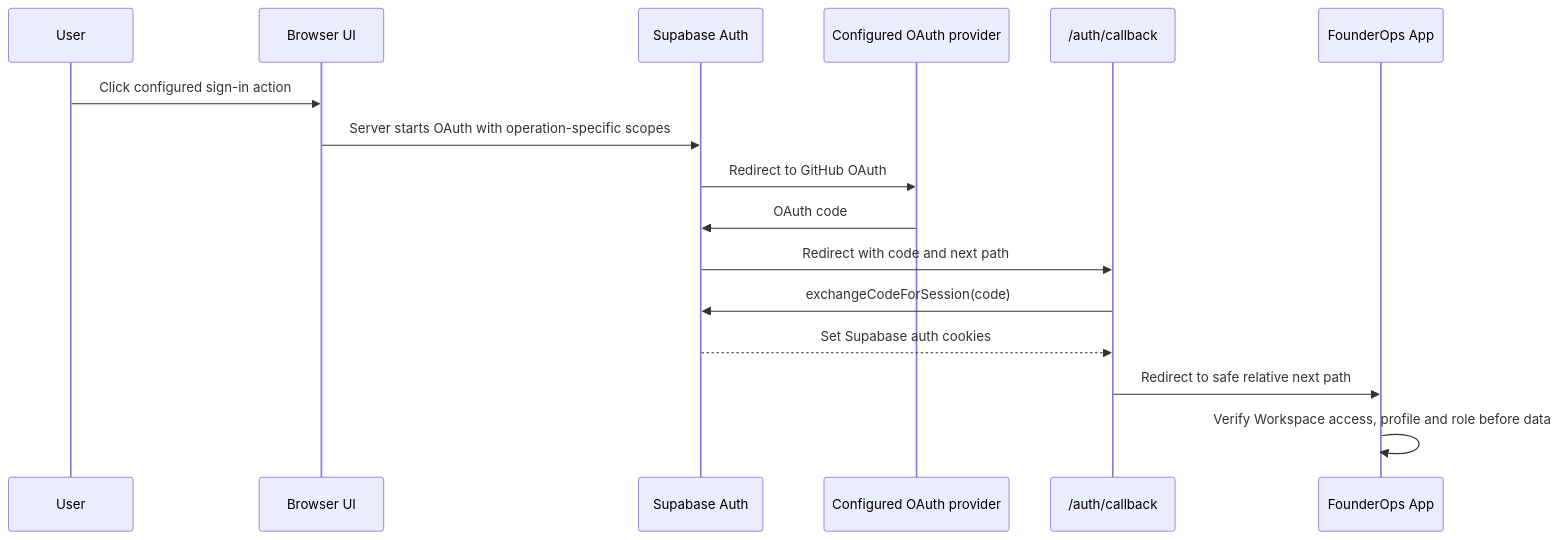
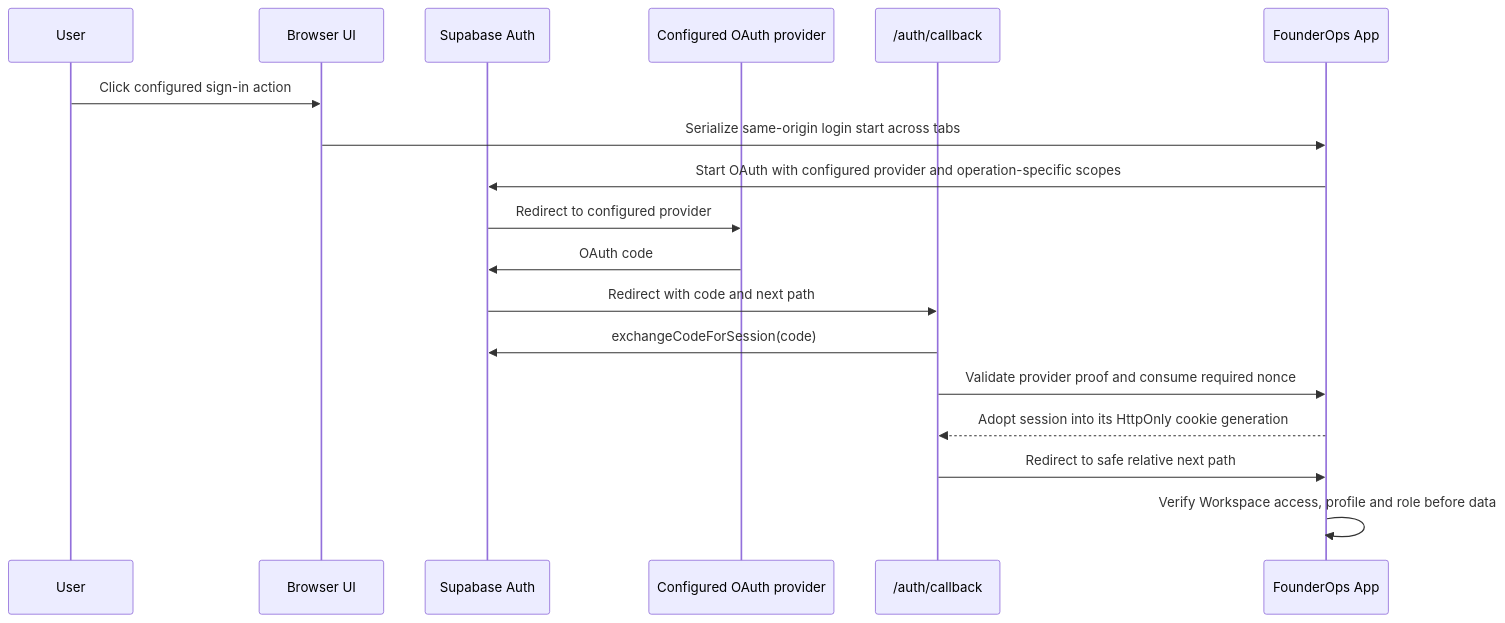
Before and after one commit to findmydoc-platform/founder-scoreboard-v2: the second of 5 diagrams in docs/auth-flow.md, drawn with Mermaid. The commit also changed other lines of this file and 28 other files, not shown here.

````diff
--- a/docs/auth-flow.md
+++ b/docs/auth-flow.md
@@ -40,19 +40,21 @@
 ```mermaid
 sequenceDiagram
   participant U as User
   participant UI as Browser UI
   participant SB as Supabase Auth
-  participant GH as Configured OAuth provider
+  participant OP as Configured OAuth provider
   participant CB as /auth/callback
   participant APP as FounderOps App
 
   U->>UI: Click configured sign-in action
-  UI->>SB: Server starts OAuth with operation-specific scopes
-  SB->>GH: Redirect to GitHub OAuth
-  GH->>SB: OAuth code
+  UI->>APP: Serialize same-origin login start across tabs
+  APP->>SB: Start OAuth with configured provider and operation-specific scopes
+  SB->>OP: Redirect to configured provider
+  OP->>SB: OAuth code
   SB->>CB: Redirect with code and next path
   CB->>SB: exchangeCodeForSession(code)
-  SB-->>CB: Set Supabase auth cookies
+  CB->>APP: Validate provider proof and consume required nonce
+  APP-->>CB: Adopt session into its HttpOnly cookie generation
   CB->>APP: Redirect to safe relative next path
   APP->>APP: Verify Workspace access, profile and role before data
 ```
````
